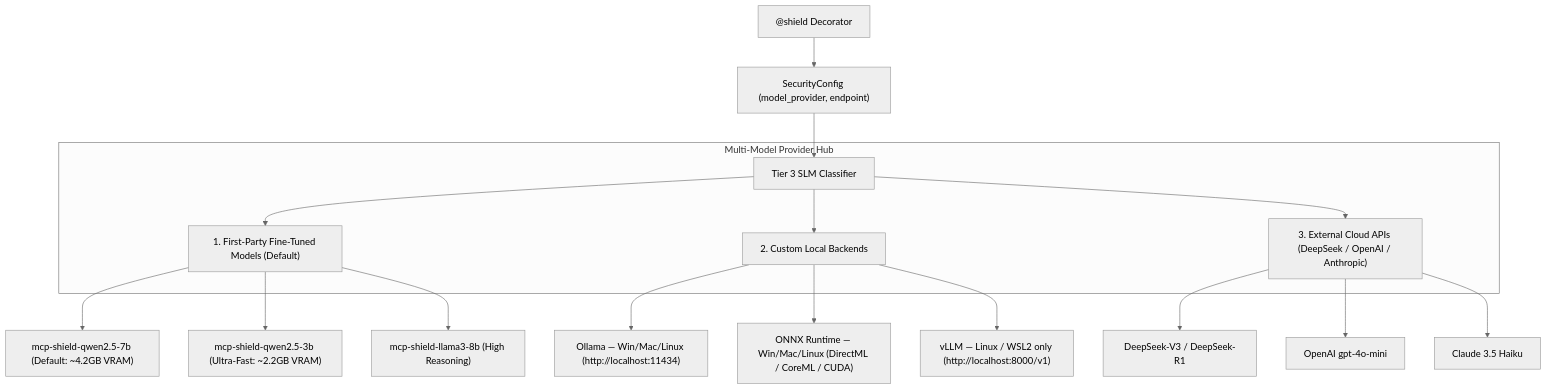
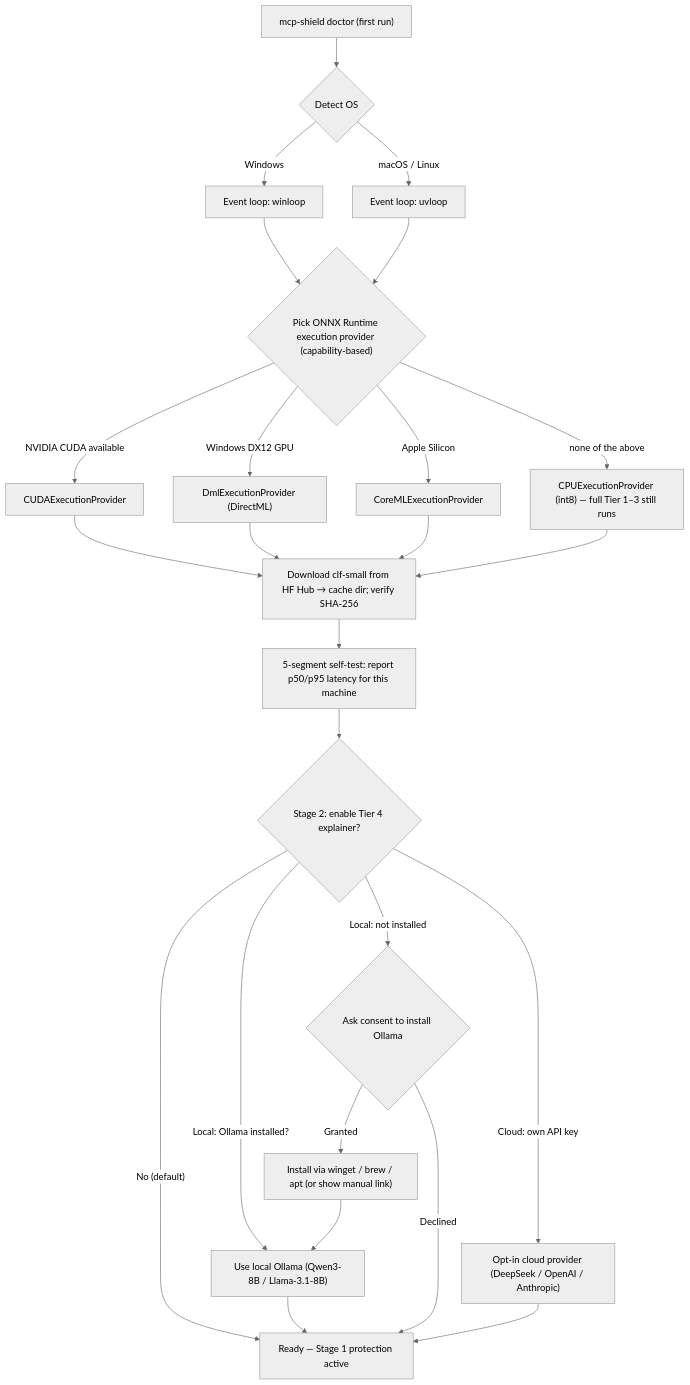
One commit to rishikeshvarma/MCP-Shield changed the third of 5 diagrams in 07 - Model Distribution, PyPI Packaging & Local Dashboard.md. Above: the diagram before and after it, drawn with Mermaid (neutral theme). The commit also changed other lines of this file and 10 other files, not shown here.

````diff
--- a/07 - Model Distribution, PyPI Packaging & Local Dashboard.md
+++ b/07 - Model Distribution, PyPI Packaging & Local Dashboard.md
@@ -195,24 +203,29 @@
 ```mermaid
 graph TD
-    Decorator["@shield Decorator"] --> Config["SecurityConfig (model_provider, endpoint)"]
-    
-    Config --> Tier3["Tier 3 SLM Classifier"]
-    
-    subgraph ModelHub["Multi-Model Provider Hub"]
-        Tier3 --> M1["1. First-Party Fine-Tuned Models (Default)"]
-        Tier3 --> M2["2. Custom Local Backends"]
-        Tier3 --> M3["3. External Cloud APIs (DeepSeek / OpenAI / Anthropic)"]
-    end
-    
-    M1 --> HF1["mcp-shield-qwen2.5-7b (Default: ~4.2GB VRAM)"]
-    M1 --> HF2["mcp-shield-qwen2.5-3b (Ultra-Fast: ~2.2GB VRAM)"]
-    M1 --> HF3["mcp-shield-llama3-8b (High Reasoning)"]
-    
-    M2 --> O1["Ollama — Win/Mac/Linux (http://localhost:11434)"]
-    M2 --> ON1["ONNX Runtime — Win/Mac/Linux (DirectML / CoreML / CUDA)"]
-    M2 --> V1["vLLM — Linux / WSL2 only (http://localhost:8000/v1)"]
-    
-    M3 --> API1["DeepSeek-V3 / DeepSeek-R1"]
-    M3 --> API2["OpenAI gpt-4o-mini"]
-    M3 --> API3["Claude 3.5 Haiku"]
+    Start["mcp-shield doctor (first run)"] --> OS{"Detect OS"}
+    OS -->|Windows| WLoop["Event loop: winloop"]
+    OS -->|macOS / Linux| ULoop["Event loop: uvloop"]
+
+    WLoop --> EP{"Pick ONNX Runtime execution provider (capability-based)"}
+    ULoop --> EP
+    EP -->|"NVIDIA CUDA available"| CUDA["CUDAExecutionProvider"]
+    EP -->|"Windows DX12 GPU"| DML["DmlExecutionProvider (DirectML)"]
+    EP -->|"Apple Silicon"| CoreML["CoreMLExecutionProvider"]
+    EP -->|"none of the above"| CPU["CPUExecutionProvider (int8) — full Tier 1–3 still runs"]
+
+    CUDA --> Pull["Download clf-small from HF Hub → cache dir; verify SHA-256"]
+    DML --> Pull
+    CoreML --> Pull
+    CPU --> Pull
+    Pull --> Bench["5-segment self-test: report p50/p95 latency for this machine"]
+
+    Bench --> Explainer{"Stage 2: enable Tier 4 explainer?"}
+    Explainer -->|"No (default)"| Done["Ready — Stage 1 protection active"]
+    Explainer -->|"Local: Ollama installed?"| OllamaYes["Use local Ollama (Qwen3-8B / Llama-3.1-8B)"]
+    Explainer -->|"Local: not installed"| Consent{"Ask consent to install Ollama"}
+    Consent -->|Granted| Install["Install via winget / brew / apt (or show manual link)"] --> OllamaYes
+    Consent -->|Declined| Done
+    Explainer -->|"Cloud: own API key"| Cloud["Opt-in cloud provider (DeepSeek / OpenAI / Anthropic)"]
+    OllamaYes --> Done
+    Cloud --> Done
 ```
````
